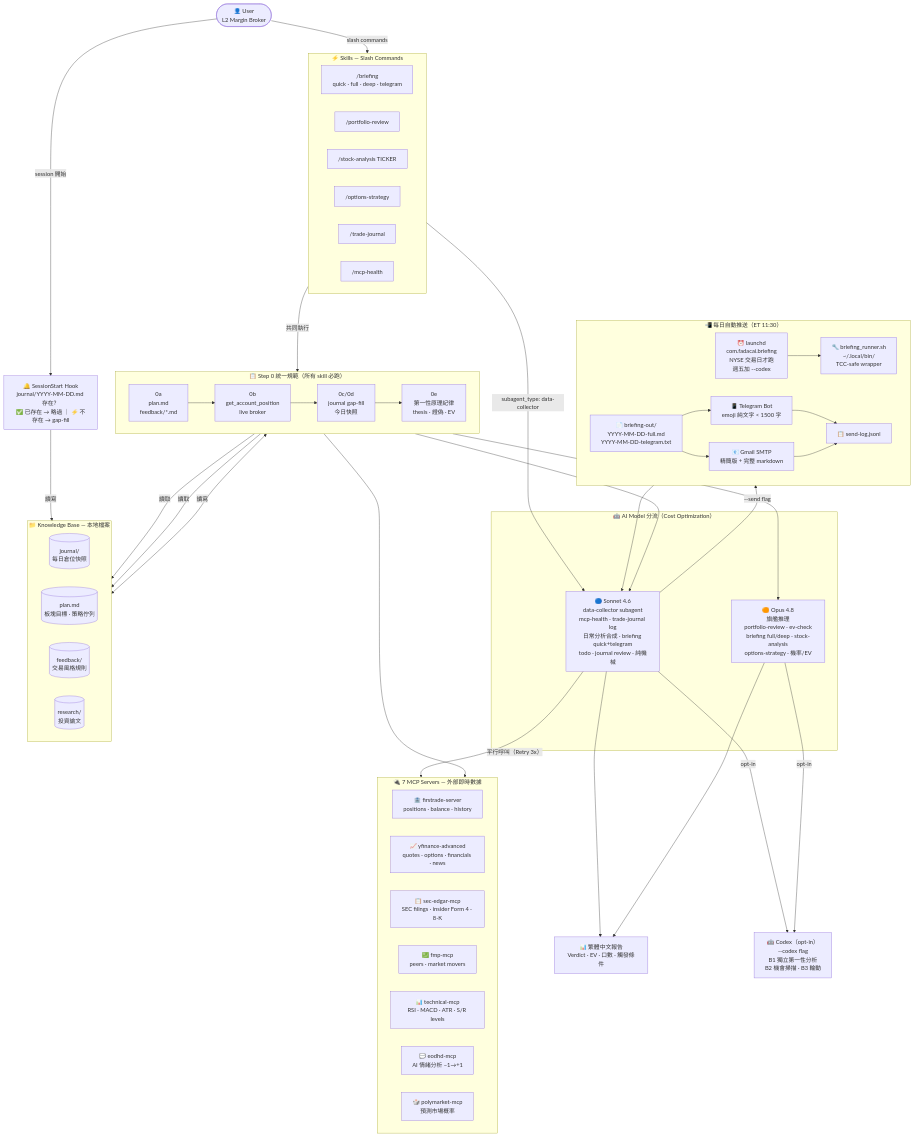
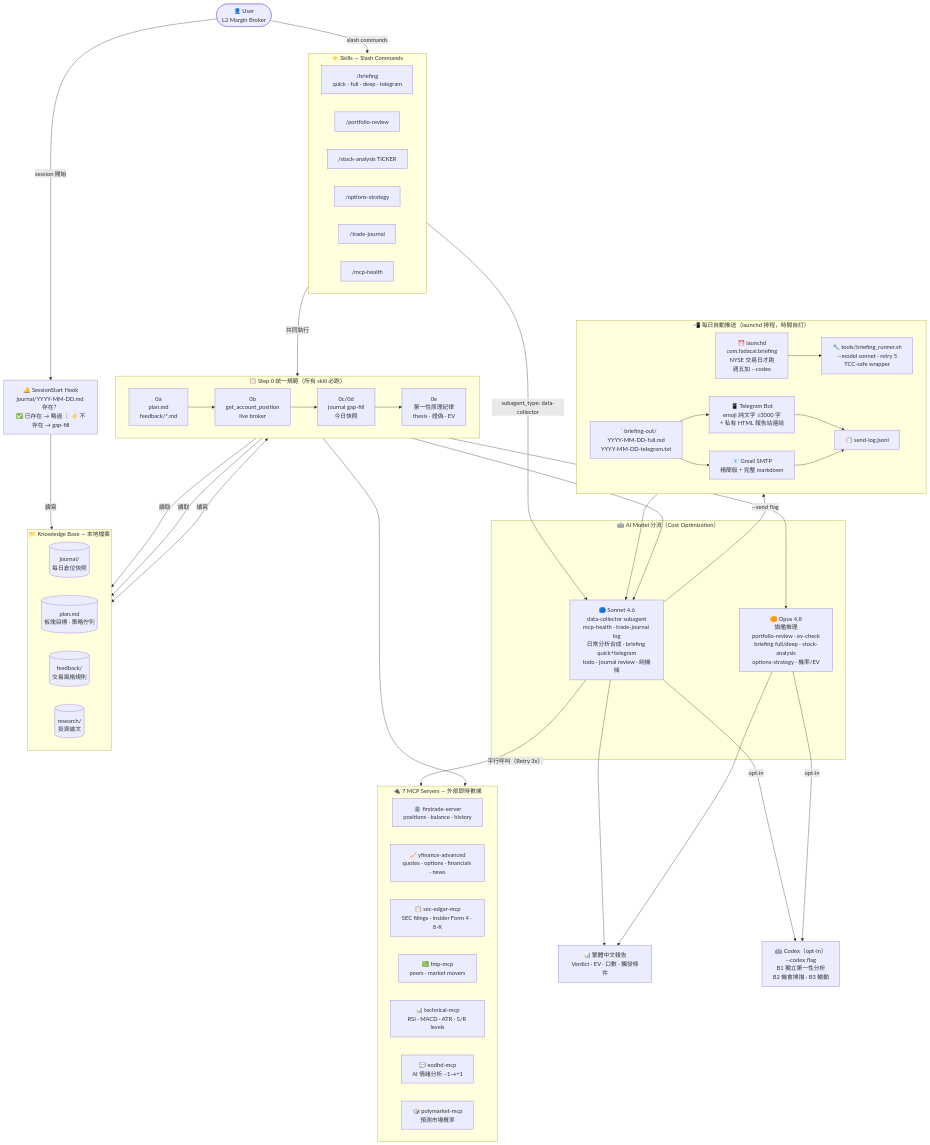
The diagram in README.md (PatrickSUDO/fadacai-portfolio), drawn with Mermaid before and after one commit. The commit also changed other lines of this file and 7 other files, not shown here.

````diff
--- a/README.md
+++ b/README.md
@@ -19,82 +19,82 @@
 ```mermaid
 flowchart TD
     User(["👤 User<br/>L2 Margin Broker"])
 
     Hook["🔔 SessionStart Hook<br/>journal/YYYY-MM-DD.md 存在？<br/>✅ 已存在 → 略過 ｜ ⚡ 不存在 → gap-fill"]
 
     User -->|session 開始| Hook
     User -->|slash commands| Skills
 
     subgraph Skills ["⚡ Skills — Slash Commands"]
         direction LR
         B["/briefing<br/>quick · full · deep · telegram"]
         PR["/portfolio-review"]
         SA["/stock-analysis TICKER"]
         OS["/options-strategy"]
         TJ["/trade-journal"]
         MH["/mcp-health"]
     end
 
     Skills -->|共同執行| Step0
 
     subgraph Step0 ["📋 Step 0 統一規範（所有 skill 必跑）"]
         direction LR
         s0a["0a<br/>plan.md<br/>feedback/*.md"] --> s0b["0b<br/>get_account_position<br/>live broker"] --> s0c["0c/0d<br/>journal gap-fill<br/>今日快照"] --> s0e["0e<br/>第一性原理紀律<br/>thesis · 證偽 · EV"]
     end
 
     subgraph Models ["🤖 AI Model 分流（Cost Optimization）"]
         SONNET["🔵 Sonnet 4.6<br/>data-collector subagent<br/>mcp-health · trade-journal log<br/>日常分析合成 · briefing quick+telegram<br/>todo · journal review · 純機械"]
         OPUS["🟠 Opus 4.8<br/>旗艦推理<br/>portfolio-review · ev-check<br/>briefing full/deep · stock-analysis<br/>options-strategy · 機率/EV"]
     end
 
     s0e --> SONNET & OPUS
     Skills -->|"subagent_type: data-collector"| SONNET
 
     subgraph MCP ["🔌 7 MCP Servers — 外部即時數據"]
         direction LR
         FT["🏦 firstrade-server<br/>positions · balance · history"]
         YF["📈 yfinance-advanced<br/>quotes · options · financials · news"]
         SEC["📋 sec-edgar-mcp<br/>SEC filings · insider Form 4 · 8-K"]
         FMP["💹 fmp-mcp<br/>peers · market movers"]
         TECH["📊 technical-mcp<br/>RSI · MACD · ATR · S/R levels"]
         EODHD["💬 eodhd-mcp<br/>AI 情緒分析 −1→+1"]
         PM["🎲 polymarket-mcp<br/>預測市場概率"]
     end
 
     SONNET -->|平行呼叫（Retry 3x）| MCP
     s0b --> FT
     Hook -->|讀寫| JRL
 
     subgraph KB ["📁 Knowledge Base — 本地檔案"]
         direction LR
         PL[("plan.md<br/>板塊目標 · 策略佇列")]
         FB[("feedback/<br/>交易風格規則")]
         JRL[("journal/<br/>每日倉位快照")]
         RES[("research/<br/>投資論文")]
     end
 
     s0a -->|讀取| PL & FB
     s0c <-->|讀寫| JRL
 
     CODEX["🤖 Codex（opt-in）<br/>--codex flag<br/>B1 獨立第一性分析<br/>B2 機會掃描 · B3 輪動"]
     SONNET & OPUS -->|opt-in| CODEX
 
-    subgraph AutoSend ["📲 每日自動推送（ET 11:30）"]
+    subgraph AutoSend ["📲 每日自動推送（launchd 排程，時間自訂）"]
         direction LR
         LAUNCHD["⏰ launchd<br/>com.fadacai.briefing<br/>NYSE 交易日才跑<br/>週五加 --codex"]
-        RUNNER["🔧 briefing_runner.sh<br/>~/.local/bin/<br/>TCC-safe wrapper"]
+        RUNNER["🔧 tools/briefing_runner.sh<br/>--model sonnet · retry 5<br/>TCC-safe wrapper"]
         OUT_FILES["📄 briefing-out/<br/>YYYY-MM-DD-full.md<br/>YYYY-MM-DD-telegram.txt"]
-        TG["📱 Telegram Bot<br/>emoji 純文字 < 1500 字"]
+        TG["📱 Telegram Bot<br/>emoji 純文字 ≤3000 字<br/>+ 私有 HTML 報告站連結"]
         EMAIL["📧 Gmail SMTP<br/>精簡版 + 完整 markdown"]
         SENDLOG["📋 send-log.jsonl"]
     end
 
     LAUNCHD --> RUNNER --> SONNET
     SONNET -->|--send flag| OUT_FILES
     OUT_FILES --> TG & EMAIL
     TG & EMAIL --> SENDLOG
 
     OUT["📊 繁體中文報告<br/>Verdict · EV · 口數 · 觸發條件"]
     SONNET --> OUT
     OPUS --> OUT
 ```
````
